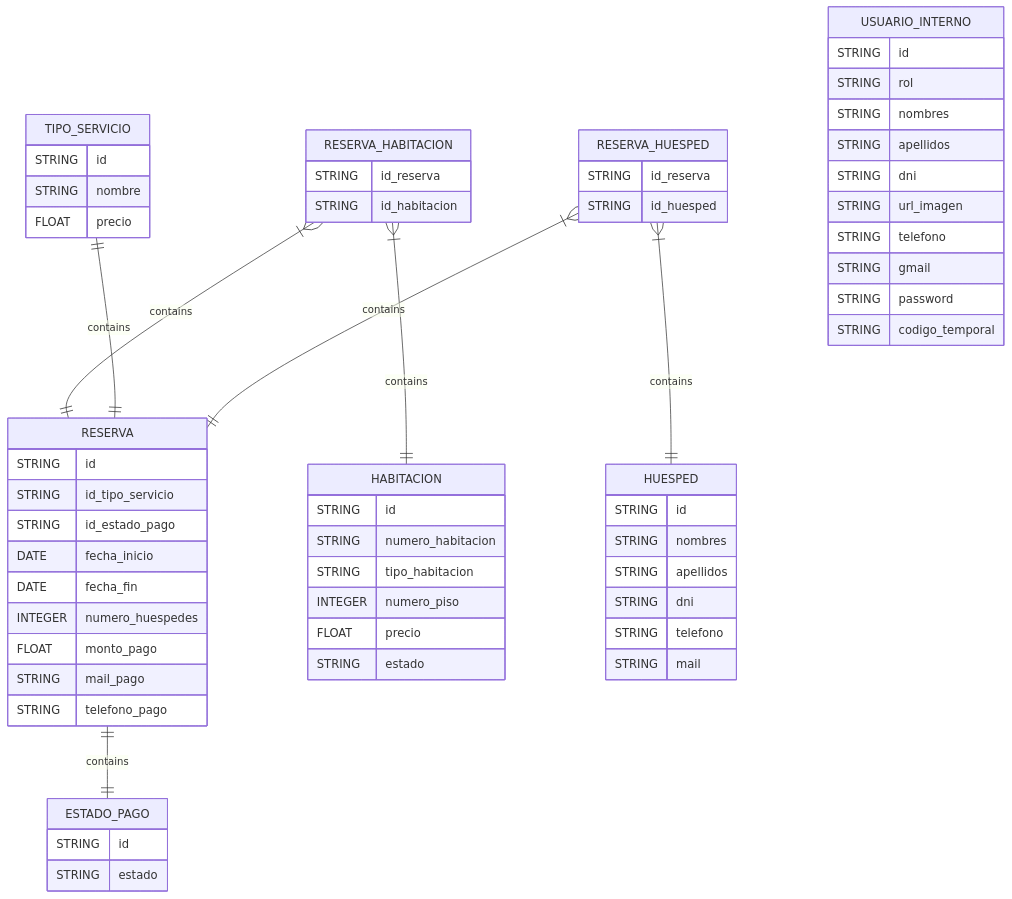
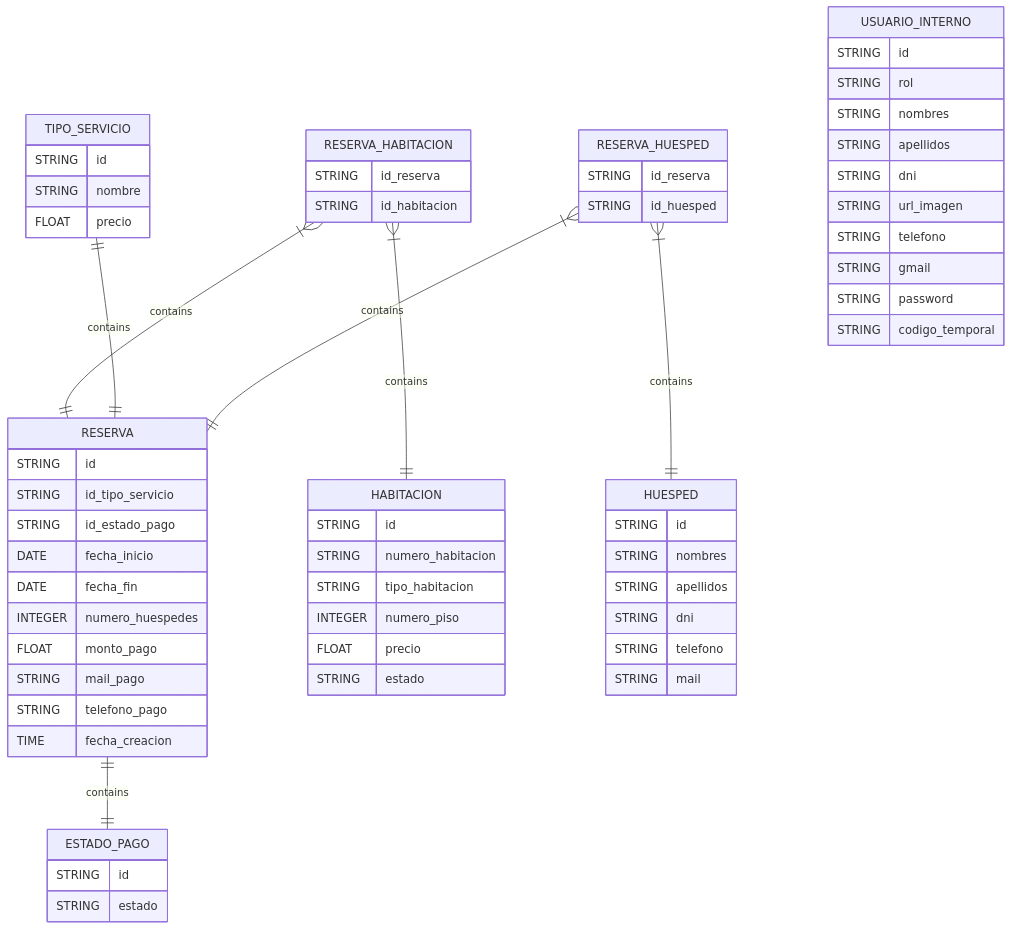
One commit to Jmond544/hotel-management-backend changed the diagram in README.md. Above: the diagram before and after it, drawn with Mermaid. The commit also changed 1 other file, not shown here.

Commit message:
Add fecha_creacion column to RESERVA table and update database scripts

````diff
--- a/README.md
+++ b/README.md
@@ -12,76 +12,77 @@
 ```mermaid
 
 erDiagram
 
     RESERVA {
         STRING id
         STRING id_tipo_servicio
         STRING id_estado_pago
         DATE fecha_inicio
         DATE fecha_fin
         INTEGER numero_huespedes
         FLOAT monto_pago
         STRING mail_pago
         STRING telefono_pago
+        TIME fecha_creacion
     }
 
     TIPO_SERVICIO {
         STRING id
         STRING nombre
         FLOAT precio
     }
 
     RESERVA_HABITACION {
         STRING id_reserva
         STRING id_habitacion
     }
 
     HABITACION {
         STRING id
         STRING numero_habitacion
         STRING tipo_habitacion
         INTEGER numero_piso
         FLOAT precio
         STRING estado
     }
 
     HUESPED {
         STRING id
         STRING nombres
         STRING apellidos
         STRING dni
         STRING telefono
         STRING mail
     }
 
     RESERVA_HUESPED {
         STRING id_reserva
         STRING id_huesped
     }
 
     USUARIO_INTERNO {
         STRING id
         STRING rol
         STRING nombres
         STRING apellidos
         STRING dni
         STRING url_imagen
         STRING telefono
         STRING gmail
         STRING password
         STRING codigo_temporal
     }
 
     ESTADO_PAGO {
         STRING id
         STRING estado
     }
 
     RESERVA_HABITACION }|--|| RESERVA : contains
     TIPO_SERVICIO ||--|| RESERVA : contains
     RESERVA_HABITACION }|--|| HABITACION : contains
     RESERVA_HUESPED }|--|| HUESPED : contains
     RESERVA_HUESPED }|--|| RESERVA : contains
     RESERVA ||--|| ESTADO_PAGO : contains
 
 ```
````
